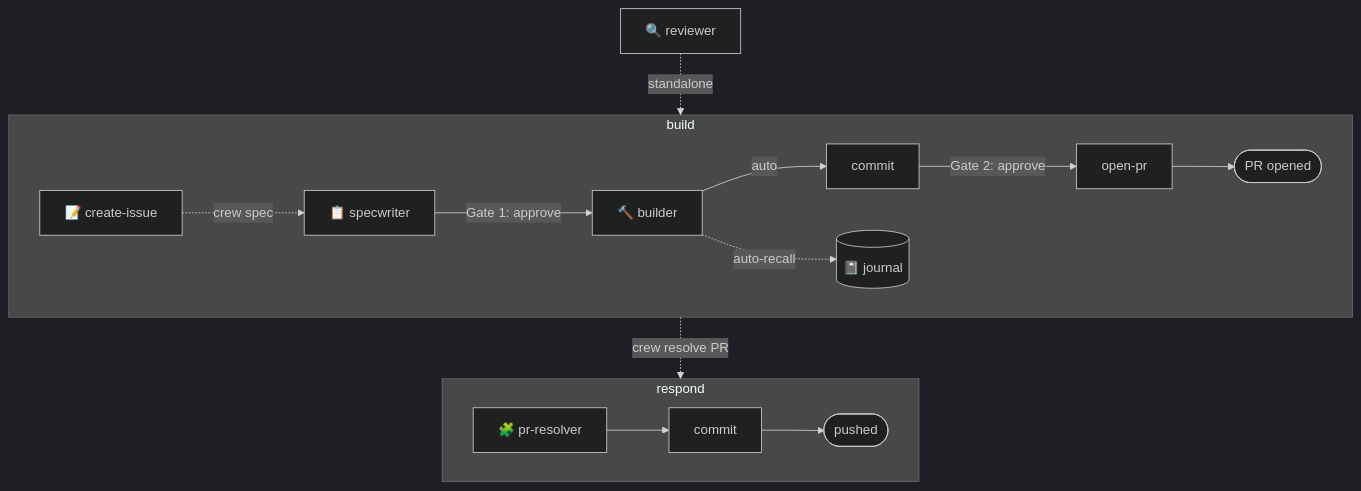
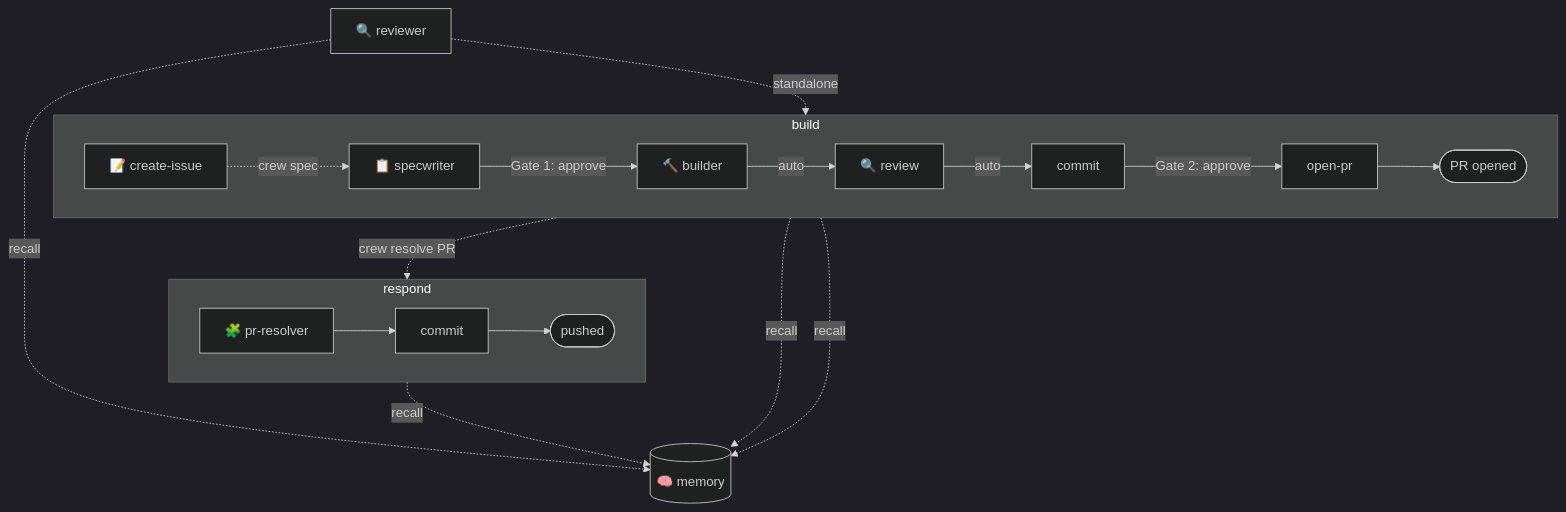
One commit to crespocarlos/el-capitan changed the diagram in README.md. Above: the diagram before and after it, drawn with Mermaid (dark theme). The commit also changed other lines of this file and 30 other files, not shown here.

````diff
--- a/README.md
+++ b/README.md
@@ -29,21 +29,26 @@
 ```mermaid
 flowchart TB
     subgraph build["build"]
         direction LR
         issue["📝 create-issue"] -.->|"crew spec"| spec["📋 specwriter"]
         spec -->|"Gate 1: approve"| impl["🔨 builder"]
-        impl -->|"auto"| bcommit["commit"]
+        impl -->|"auto"| review["🔍 review"]
+        review -->|"auto"| bcommit["commit"]
         bcommit -->|"Gate 2: approve"| openpr["open-pr"]
         openpr --> done(["PR opened"])
-        impl -.->|"auto-recall"| journal2[("📓 journal")]
     end
 
     subgraph respond["respond"]
         direction LR
         resolver["🧩 pr-resolver"] --> rcommit["commit"]
         rcommit --> pushed(["pushed"])
     end
 
+    memory[("🧠 memory")]
+    spec -.->|"recall"| memory
+    review -.->|"recall"| memory
+    resolver -.->|"recall"| memory
     done -.->|"crew resolve PR"| resolver
     reviewer["🔍 reviewer"] -.->|"standalone"| impl
+    reviewer -.->|"recall"| memory
 ```
````
